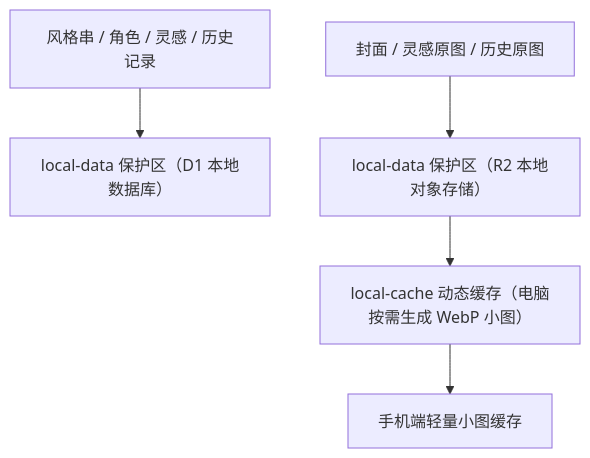
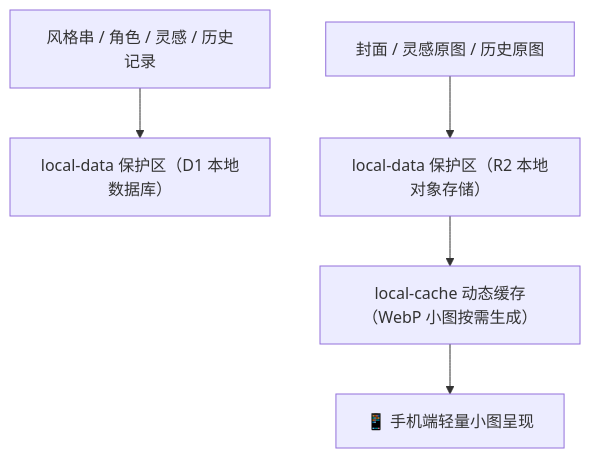
Before and after one commit to HelloQun54321/nai-atelier: the second of 2 diagrams in README.md, drawn with Mermaid. The commit also changed other lines of this file and 6 other files, not shown here.

````diff
--- a/README.md
+++ b/README.md
@@ -934,7 +265,7 @@
 ```mermaid
 flowchart TD
     A["风格串 / 角色 / 灵感 / 历史记录"] --> D["local-data 保护区（D1 本地数据库）"]
     B["封面 / 灵感原图 / 历史原图"] --> R["local-data 保护区（R2 本地对象存储）"]
-    R --> T["local-cache 动态缓存（电脑按需生成 WebP 小图）"]
-    T --> M["手机端轻量小图缓存"]
+    R --> T["local-cache 动态缓存（WebP 小图按需生成）"]
+    T --> M["📱 手机端轻量小图呈现"]
 ```
````
